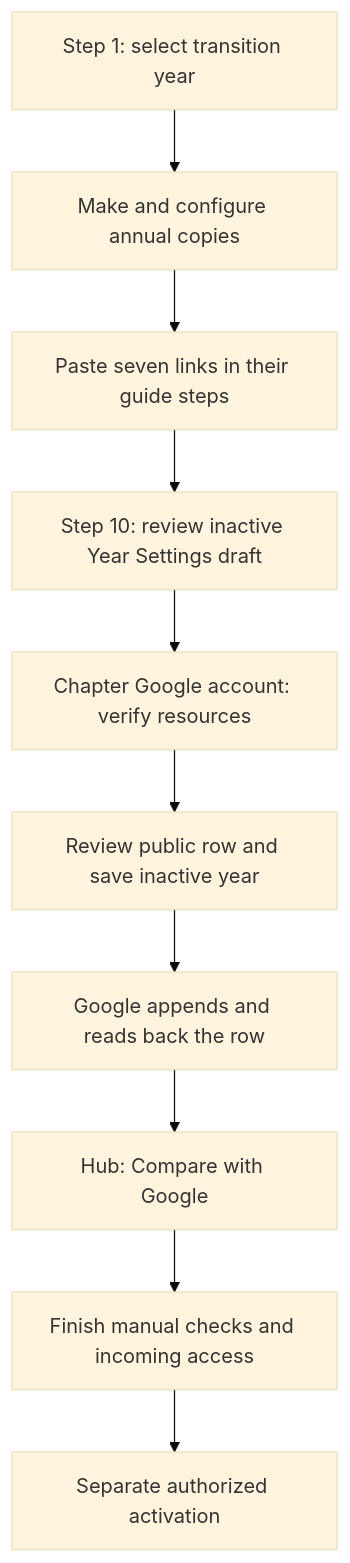
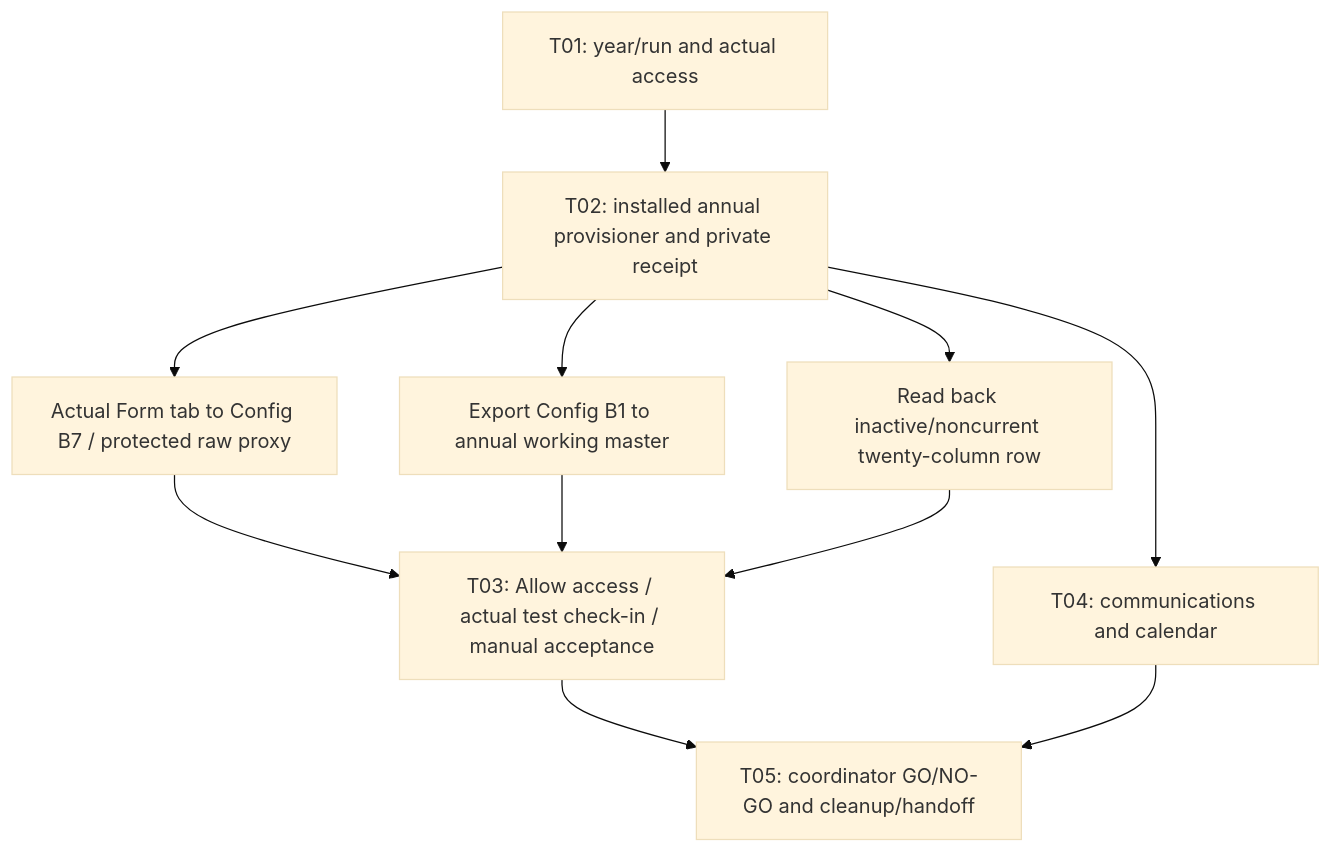
The diagram in docs/officer-transition/system-flow.md (ASME-OSU/ASME-HUB), drawn with Mermaid (base theme) before and after one commit. The commit also changed other lines of this file and 46 other files, not shown here.

Commit message:
Implement five-step annual transition and durable template automation

````diff
--- a/docs/officer-transition/system-flow.md
+++ b/docs/officer-transition/system-flow.md
@@ -8,12 +10,13 @@
 ```mermaid
 flowchart TD
-    A[Step 1: select transition year] --> B[Make and configure annual copies]
-    B --> C[Paste seven links in their guide steps]
-    C --> D[Step 10: review inactive Year Settings draft]
-    D --> E[Chapter Google account: verify resources]
-    E --> F[Review public row and save inactive year]
-    F --> G[Google appends and reads back the row]
-    G --> H[Hub: Compare with Google]
-    H --> I[Finish manual checks and incoming access]
-    I --> J[Separate authorized activation]
+ A[T01: year/run and actual access] --> B[T02: installed annual provisioner and private receipt]
+ B --> C[Actual Form tab to Config B7 / protected raw proxy]
+ B --> D[Export Config B1 to annual working master]
+ B --> E[Read back inactive/noncurrent twenty-column row]
+ C --> F[T03: Allow access / actual test check-in / manual acceptance]
+ D --> F
+ E --> F
+ B --> G[T04: communications and calendar]
+ F --> H[T05: coordinator GO/NO-GO and cleanup/handoff]
+ G --> H
 ```
````
